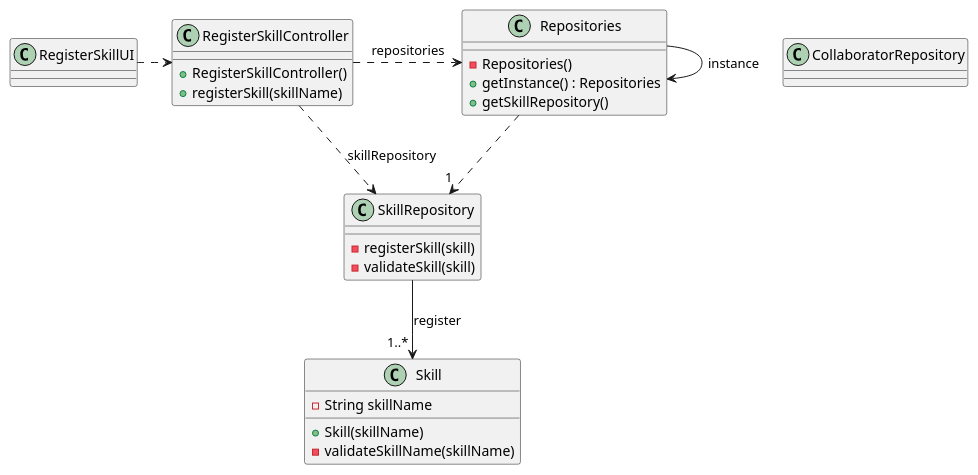
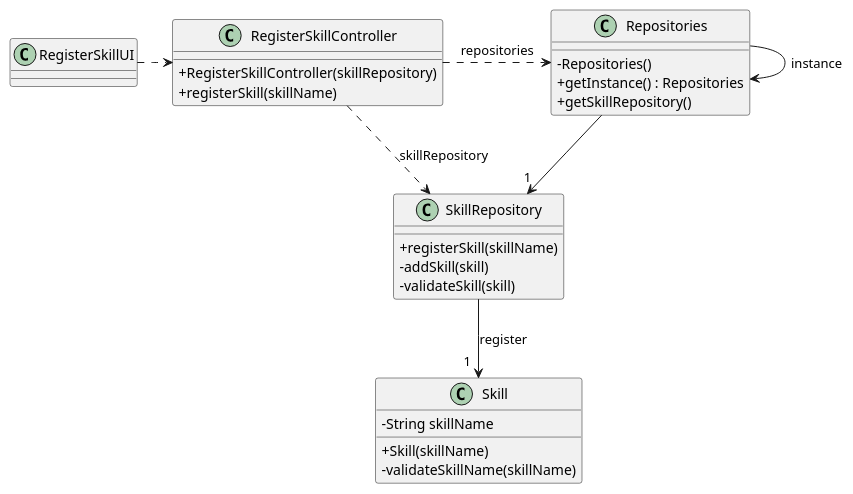
One commit to SAEmanuel/Green_Spaces_Management_ISEP changed the diagram in docs/sprintB/us001/03.design/puml/us001-class-diagram.puml. Above: the diagram before and after it, drawn with PlantUML. The commit also changed 11 other files, not shown here.

```diff
--- a/docs/sprintB/us001/03.design/puml/us001-class-diagram.puml
+++ b/docs/sprintB/us001/03.design/puml/us001-class-diagram.puml
@@ -1,55 +1,53 @@
 @startuml
 'skinparam monochrome true
 skinparam packageStyle rectangle
 skinparam shadowing false
 skinparam linetype polyline
 'skinparam linetype orto
-'skinparam classAttributeIconSize 0
+skinparam classAttributeIconSize 0
 'left to right direction
 
 
 
 class Skill {
     - String skillName
     + Skill(skillName)
     - validateSkillName(skillName)
 '    + Skill(reference, description,\ninformalDescription, technicalDescription,\nduration, cost, createdBy, taskCategory)
 }
 
 
 
 class SkillRepository {
-    - registerSkill(skill)
+    + registerSkill(skillName)
+    - addSkill(skill)
     - validateSkill(skill)
 }
 
-class CollaboratorRepository {
-
-}
 
 
 class Repositories {
     - Repositories()
     + getInstance() : Repositories
     + getSkillRepository()
 }
 
 class RegisterSkillController {
-    + RegisterSkillController()
+    + RegisterSkillController(skillRepository)
     + registerSkill(skillName)
 }
 
 class RegisterSkillUI {
 }
 
 RegisterSkillUI .> RegisterSkillController
 
 RegisterSkillController .> Repositories : repositories
-Repositories  ..> "1 " SkillRepository
+Repositories  --> "1 " SkillRepository
 Repositories -> Repositories : instance
 
 RegisterSkillController ..>  SkillRepository : skillRepository
 
-SkillRepository  --> "1..* " Skill : register
+SkillRepository  --> "1  " Skill : register
 
 @enduml
```
